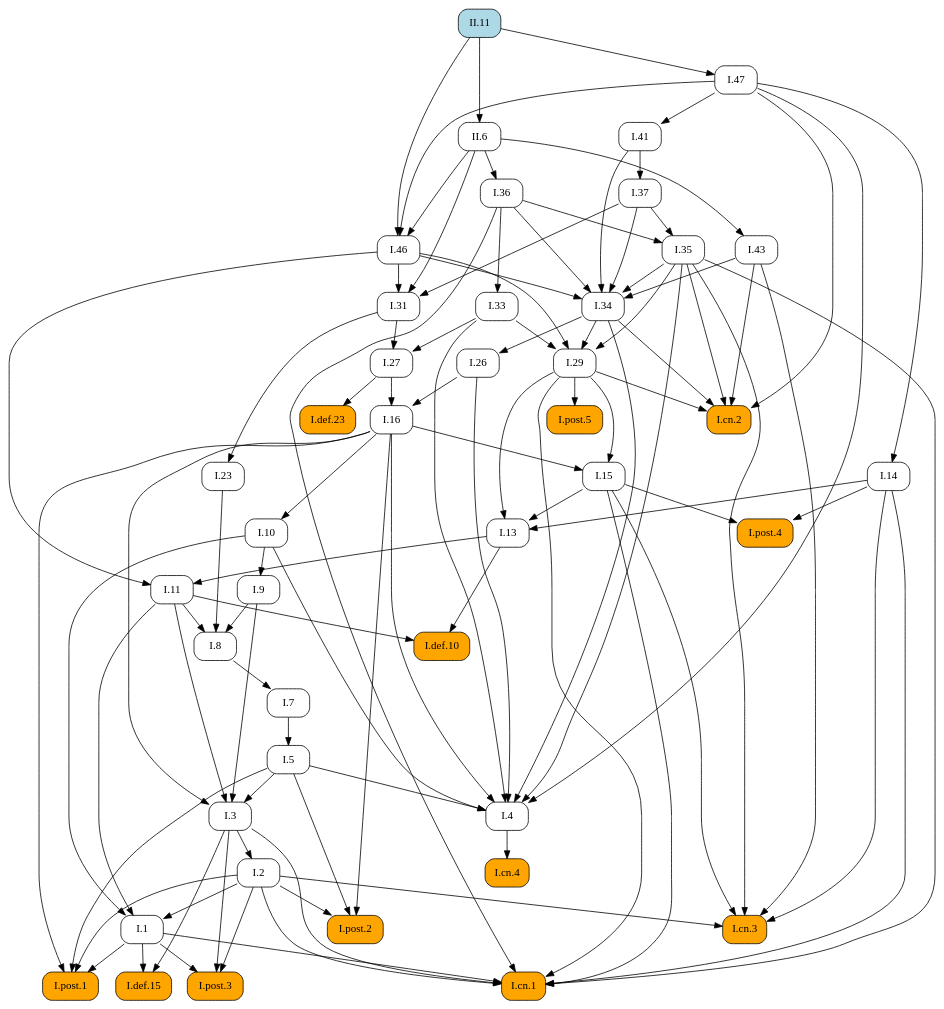
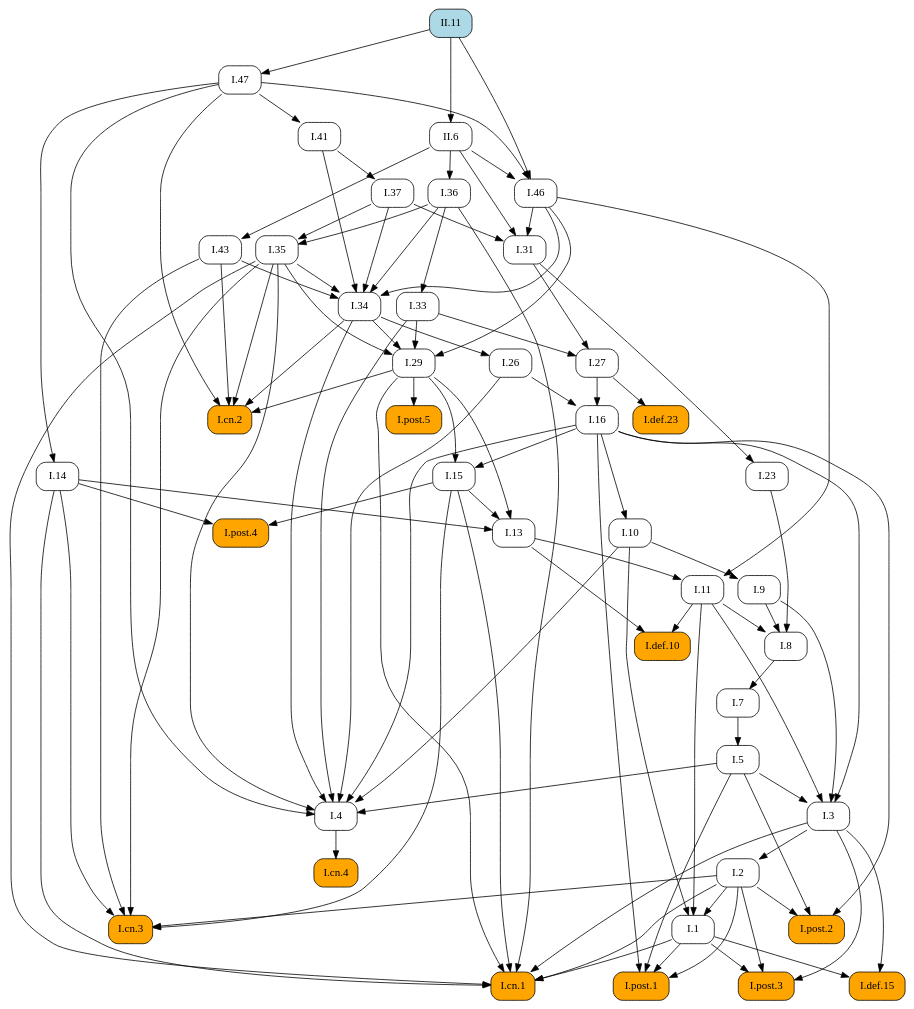
Before and after one commit to geometor/elements: the diagram in docsrc/heath/II/11/index.rst, drawn with Graphviz. The commit also changed other lines of this file and 484 other files, not shown here.

```diff
--- a/docsrc/heath/II/11/index.rst
+++ b/docsrc/heath/II/11/index.rst
@@ -87,103 +87,71 @@
    digraph {
      rankdir="TB";
      node [shape=box, style=rounded];
+     "I.23" [URL="/heath/I/23/", target="_top"];
+     "I.9" [URL="/heath/I/9/", target="_top"];
+     "I.33" [URL="/heath/I/33/", target="_top"];
+     "I.def.15" [style="rounded,filled", fillcolor=orange, URL="/heath/I/def.15/", target="_top"];
+     "I.47" [URL="/heath/I/47/", target="_top"];
+     "II.6" [URL="/heath/II/6/", target="_top"];
+     "I.post.3" [style="rounded,filled", fillcolor=orange, URL="/heath/I/post.3/", target="_top"];
+     "I.post.1" [style="rounded,filled", fillcolor=orange, URL="/heath/I/post.1/", target="_top"];
+     "I.43" [URL="/heath/I/43/", target="_top"];
+     "I.31" [URL="/heath/I/31/", target="_top"];
      "I.def.10" [style="rounded,filled", fillcolor=orange, URL="/heath/I/def.10/", target="_top"];
-     "I.11" [URL="/heath/I/11/", target="_top"];
-     "I.post.4" [style="rounded,filled", fillcolor=orange, URL="/heath/I/post.4/", target="_top"];
-     "I.1" [URL="/heath/I/1/", target="_top"];
-     "I.26" [URL="/heath/I/26/", target="_top"];
-     "I.29" [URL="/heath/I/29/", target="_top"];
-     "I.cn.2" [style="rounded,filled", fillcolor=orange, URL="/heath/I/cn.2/", target="_top"];
-     "I.47" [URL="/heath/I/47/", target="_top"];
-     "I.def.15" [style="rounded,filled", fillcolor=orange, URL="/heath/I/def.15/", target="_top"];
-     "I.post.3" [style="rounded,filled", fillcolor=orange, URL="/heath/I/post.3/", target="_top"];
-     "I.cn.1" [style="rounded,filled", fillcolor=orange, URL="/heath/I/cn.1/", target="_top"];
-     "I.cn.3" [style="rounded,filled", fillcolor=orange, URL="/heath/I/cn.3/", target="_top"];
+     "I.27" [URL="/heath/I/27/", target="_top"];
      "I.14" [URL="/heath/I/14/", target="_top"];
-     "I.23" [URL="/heath/I/23/", target="_top"];
-     "I.43" [URL="/heath/I/43/", target="_top"];
-     "I.post.1" [style="rounded,filled", fillcolor=orange, URL="/heath/I/post.1/", target="_top"];
-     "I.35" [URL="/heath/I/35/", target="_top"];
-     "I.41" [URL="/heath/I/41/", target="_top"];
-     "I.36" [URL="/heath/I/36/", target="_top"];
-     "I.46" [URL="/heath/I/46/", target="_top"];
-     "I.27" [URL="/heath/I/27/", target="_top"];
-     "I.37" [URL="/heath/I/37/", target="_top"];
      "I.34" [URL="/heath/I/34/", target="_top"];
      "I.3" [URL="/heath/I/3/", target="_top"];
+     "I.35" [URL="/heath/I/35/", target="_top"];
+     "I.cn.1" [style="rounded,filled", fillcolor=orange, URL="/heath/I/cn.1/", target="_top"];
      "I.7" [URL="/heath/I/7/", target="_top"];
      "I.2" [URL="/heath/I/2/", target="_top"];
+     "I.36" [URL="/heath/I/36/", target="_top"];
+     "I.13" [URL="/heath/I/13/", target="_top"];
+     "I.post.4" [style="rounded,filled", fillcolor=orange, URL="/heath/I/post.4/", target="_top"];
      "I.4" [URL="/heath/I/4/", target="_top"];
+     "I.1" [URL="/heath/I/1/", target="_top"];
+     "I.5" [URL="/heath/I/5/", target="_top"];
+     "I.8" [URL="/heath/I/8/", target="_top"];
+     "I.37" [URL="/heath/I/37/", target="_top"];
+     "I.29" [URL="/heath/I/29/", target="_top"];
+     "I.cn.3" [style="rounded,filled", fillcolor=orange, URL="/heath/I/cn.3/", target="_top"];
+     "I.16" [URL="/heath/I/16/", target="_top"];
+     "I.15" [URL="/heath/I/15/", target="_top"];
+     "I.10" [URL="/heath/I/10/", target="_top"];
+     "I.11" [URL="/heath/I/11/", target="_top"];
      "I.def.23" [style="rounded,filled", fillcolor=orange, URL="/heath/I/def.23/", target="_top"];
-     "II.6" [URL="/heath/II/6/", target="_top"];
-     "I.13" [URL="/heath/I/13/", target="_top"];
-     "I.33" [URL="/heath/I/33/", target="_top"];
-     "I.31" [URL="/heath/I/31/", target="_top"];
+     "II.11" [style="rounded,filled", fillcolor=lightblue, URL="/heath/II/11/", target="_top"];
+     "I.cn.2" [style="rounded,filled", fillcolor=orange, URL="/heath/I/cn.2/", target="_top"];
+     "I.post.5" [style="rounded,filled", fillcolor=orange, URL="/heath/I/post.5/", target="_top"];
+     "I.cn.4" [style="rounded,filled", fillcolor=orange, URL="/heath/I/cn.4/", target="_top"];
+     "I.41" [URL="/heath/I/41/", target="_top"];
      "I.post.2" [style="rounded,filled", fillcolor=orange, URL="/heath/I/post.2/", target="_top"];
-     "I.16" [URL="/heath/I/16/", target="_top"];
-     "II.11" [style="rounded,filled", fillcolor=lightblue, URL="/heath/II/11/", target="_top"];
-     "I.9" [URL="/heath/I/9/", target="_top"];
-     "I.8" [URL="/heath/I/8/", target="_top"];
-     "I.cn.4" [style="rounded,filled", fillcolor=orange, URL="/heath/I/cn.4/", target="_top"];
-     "I.15" [URL="/heath/I/15/", target="_top"];
-     "I.post.5" [style="rounded,filled", fillcolor=orange, URL="/heath/I/post.5/", target="_top"];
-     "I.10" [URL="/heath/I/10/", target="_top"];
-     "I.5" [URL="/heath/I/5/", target="_top"];
-     "I.11" -> "I.def.10";
-     "I.13" -> "I.def.10";
-     "I.13" -> "I.11";
-     "I.46" -> "I.11";
-     "I.14" -> "I.post.4";
-     "I.15" -> "I.post.4";
-     "I.2" -> "I.1";
-     "I.10" -> "I.1";
-     "I.11" -> "I.1";
-     "I.34" -> "I.26";
-     "I.33" -> "I.29";
-     "I.34" -> "I.29";
-     "I.35" -> "I.29";
-     "I.46" -> "I.29";
-     "I.29" -> "I.cn.2";
-     "I.34" -> "I.cn.2";
-     "I.35" -> "I.cn.2";
-     "I.43" -> "I.cn.2";
-     "I.47" -> "I.cn.2";
-     "II.11" -> "I.47";
+     "I.46" [URL="/heath/I/46/", target="_top"];
+     "I.26" [URL="/heath/I/26/", target="_top"];
+     "I.31" -> "I.23";
+     "I.10" -> "I.9";
+     "I.36" -> "I.33";
      "I.1" -> "I.def.15";
      "I.3" -> "I.def.15";
+     "II.11" -> "I.47";
+     "II.11" -> "II.6";
      "I.1" -> "I.post.3";
      "I.2" -> "I.post.3";
      "I.3" -> "I.post.3";
-     "I.1" -> "I.cn.1";
-     "I.2" -> "I.cn.1";
-     "I.3" -> "I.cn.1";
-     "I.14" -> "I.cn.1";
-     "I.15" -> "I.cn.1";
-     "I.29" -> "I.cn.1";
-     "I.35" -> "I.cn.1";
-     "I.36" -> "I.cn.1";
-     "I.2" -> "I.cn.3";
-     "I.14" -> "I.cn.3";
-     "I.15" -> "I.cn.3";
-     "I.35" -> "I.cn.3";
-     "I.43" -> "I.cn.3";
-     "I.47" -> "I.14";
-     "I.31" -> "I.23";
-     "II.6" -> "I.43";
      "I.1" -> "I.post.1";
      "I.2" -> "I.post.1";
      "I.5" -> "I.post.1";
      "I.16" -> "I.post.1";
-     "I.36" -> "I.35";
-     "I.37" -> "I.35";
-     "I.47" -> "I.41";
-     "II.6" -> "I.36";
-     "I.47" -> "I.46";
-     "II.6" -> "I.46";
-     "II.11" -> "I.46";
+     "II.6" -> "I.43";
+     "I.37" -> "I.31";
+     "I.46" -> "I.31";
+     "II.6" -> "I.31";
+     "I.11" -> "I.def.10";
+     "I.13" -> "I.def.10";
      "I.31" -> "I.27";
      "I.33" -> "I.27";
-     "I.41" -> "I.37";
+     "I.47" -> "I.14";
      "I.35" -> "I.34";
      "I.36" -> "I.34";
      "I.37" -> "I.34";
@@ -194,8 +162,24 @@
      "I.9" -> "I.3";
      "I.11" -> "I.3";
      "I.16" -> "I.3";
+     "I.36" -> "I.35";
+     "I.37" -> "I.35";
+     "I.1" -> "I.cn.1";
+     "I.2" -> "I.cn.1";
+     "I.3" -> "I.cn.1";
+     "I.14" -> "I.cn.1";
+     "I.15" -> "I.cn.1";
+     "I.29" -> "I.cn.1";
+     "I.35" -> "I.cn.1";
+     "I.36" -> "I.cn.1";
      "I.8" -> "I.7";
      "I.3" -> "I.2";
+     "II.6" -> "I.36";
+     "I.14" -> "I.13";
+     "I.15" -> "I.13";
+     "I.29" -> "I.13";
+     "I.14" -> "I.post.4";
+     "I.15" -> "I.post.4";
      "I.5" -> "I.4";
      "I.10" -> "I.4";
      "I.16" -> "I.4";
@@ -204,28 +188,44 @@
      "I.34" -> "I.4";
      "I.35" -> "I.4";
      "I.47" -> "I.4";
+     "I.2" -> "I.1";
+     "I.10" -> "I.1";
+     "I.11" -> "I.1";
+     "I.7" -> "I.5";
+     "I.9" -> "I.8";
+     "I.11" -> "I.8";
+     "I.23" -> "I.8";
+     "I.41" -> "I.37";
+     "I.33" -> "I.29";
+     "I.34" -> "I.29";
+     "I.35" -> "I.29";
+     "I.46" -> "I.29";
+     "I.2" -> "I.cn.3";
+     "I.14" -> "I.cn.3";
+     "I.15" -> "I.cn.3";
+     "I.35" -> "I.cn.3";
+     "I.43" -> "I.cn.3";
+     "I.26" -> "I.16";
+     "I.27" -> "I.16";
+     "I.16" -> "I.15";
+     "I.29" -> "I.15";
+     "I.16" -> "I.10";
+     "I.13" -> "I.11";
+     "I.46" -> "I.11";
      "I.27" -> "I.def.23";
-     "II.11" -> "II.6";
-     "I.14" -> "I.13";
-     "I.15" -> "I.13";
-     "I.29" -> "I.13";
-     "I.36" -> "I.33";
-     "I.37" -> "I.31";
-     "I.46" -> "I.31";
-     "II.6" -> "I.31";
+     "I.29" -> "I.cn.2";
+     "I.34" -> "I.cn.2";
+     "I.35" -> "I.cn.2";
+     "I.43" -> "I.cn.2";
+     "I.47" -> "I.cn.2";
+     "I.29" -> "I.post.5";
+     "I.4" -> "I.cn.4";
+     "I.47" -> "I.41";
      "I.2" -> "I.post.2";
      "I.5" -> "I.post.2";
      "I.16" -> "I.post.2";
-     "I.26" -> "I.16";
-     "I.27" -> "I.16";
-     "I.10" -> "I.9";
-     "I.9" -> "I.8";
-     "I.11" -> "I.8";
-     "I.23" -> "I.8";
-     "I.4" -> "I.cn.4";
-     "I.16" -> "I.15";
-     "I.29" -> "I.15";
-     "I.29" -> "I.post.5";
-     "I.16" -> "I.10";
-     "I.7" -> "I.5";
+     "I.47" -> "I.46";
+     "II.6" -> "I.46";
+     "II.11" -> "I.46";
+     "I.34" -> "I.26";
    }
```
